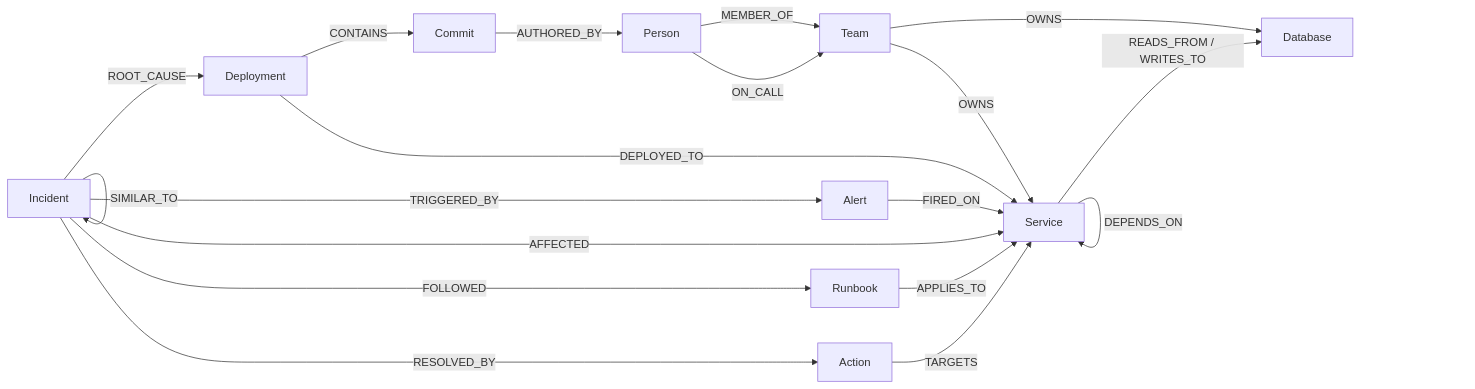
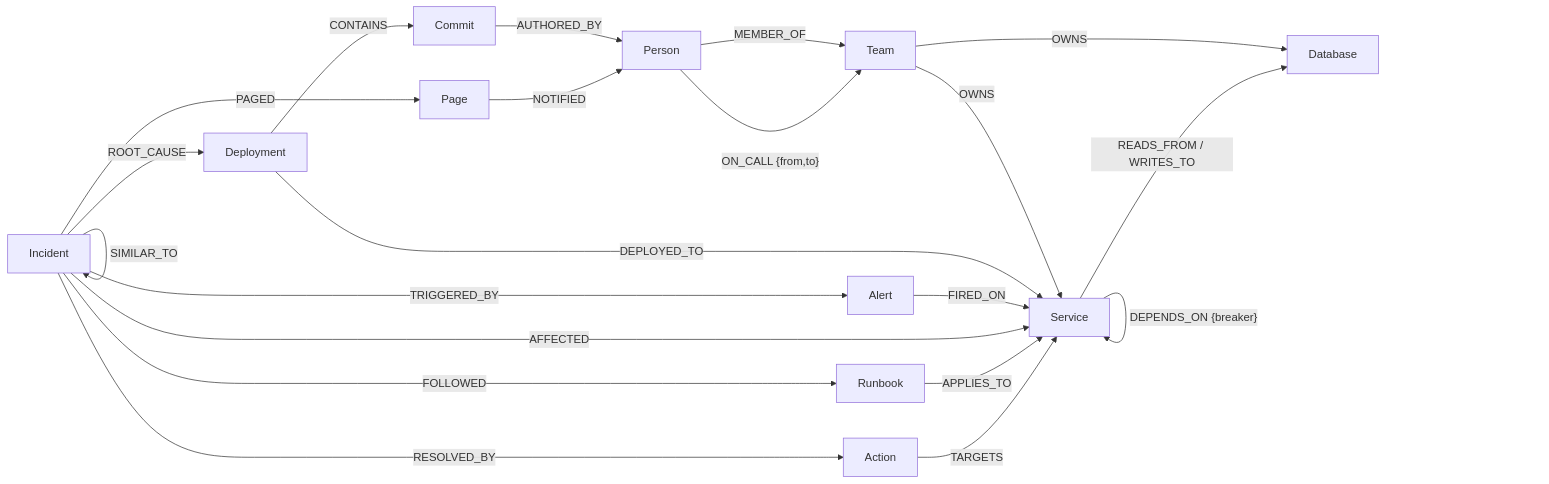
The second of 2 diagrams in README.md (kalp-cg/graph-hacks), drawn with Mermaid before and after one commit. The commit also changed other lines of this file and 12 other files, not shown here.

````diff
--- a/README.md
+++ b/README.md
@@ -35,21 +97,23 @@
 ```mermaid
 graph LR
   Team -- OWNS --> Service
   Team -- OWNS --> Database
   Person -- MEMBER_OF --> Team
-  Person -- ON_CALL --> Team
-  Service -- DEPENDS_ON --> Service
+  Person -- "ON_CALL {from,to}" --> Team
+  Service -- "DEPENDS_ON {breaker}" --> Service
   Service -- READS_FROM / WRITES_TO --> Database
   Deployment -- DEPLOYED_TO --> Service
   Deployment -- CONTAINS --> Commit
   Commit -- AUTHORED_BY --> Person
   Alert -- FIRED_ON --> Service
   Incident -- TRIGGERED_BY --> Alert
   Incident -- AFFECTED --> Service
   Incident -- ROOT_CAUSE --> Deployment
   Incident -- RESOLVED_BY --> Action
   Incident -- SIMILAR_TO --> Incident
   Incident -- FOLLOWED --> Runbook
+  Incident -- PAGED --> Page
   Runbook -- APPLIES_TO --> Service
   Action -- TARGETS --> Service
+  Page -- NOTIFIED --> Person
 ```
````
